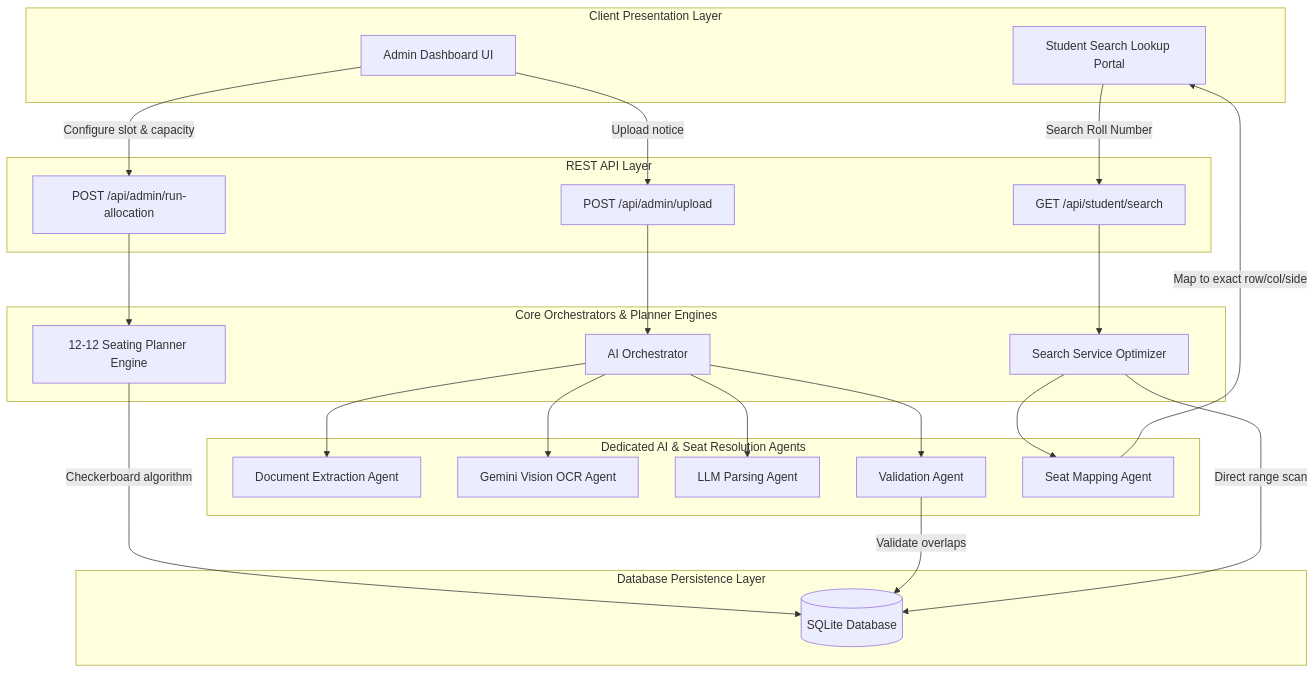
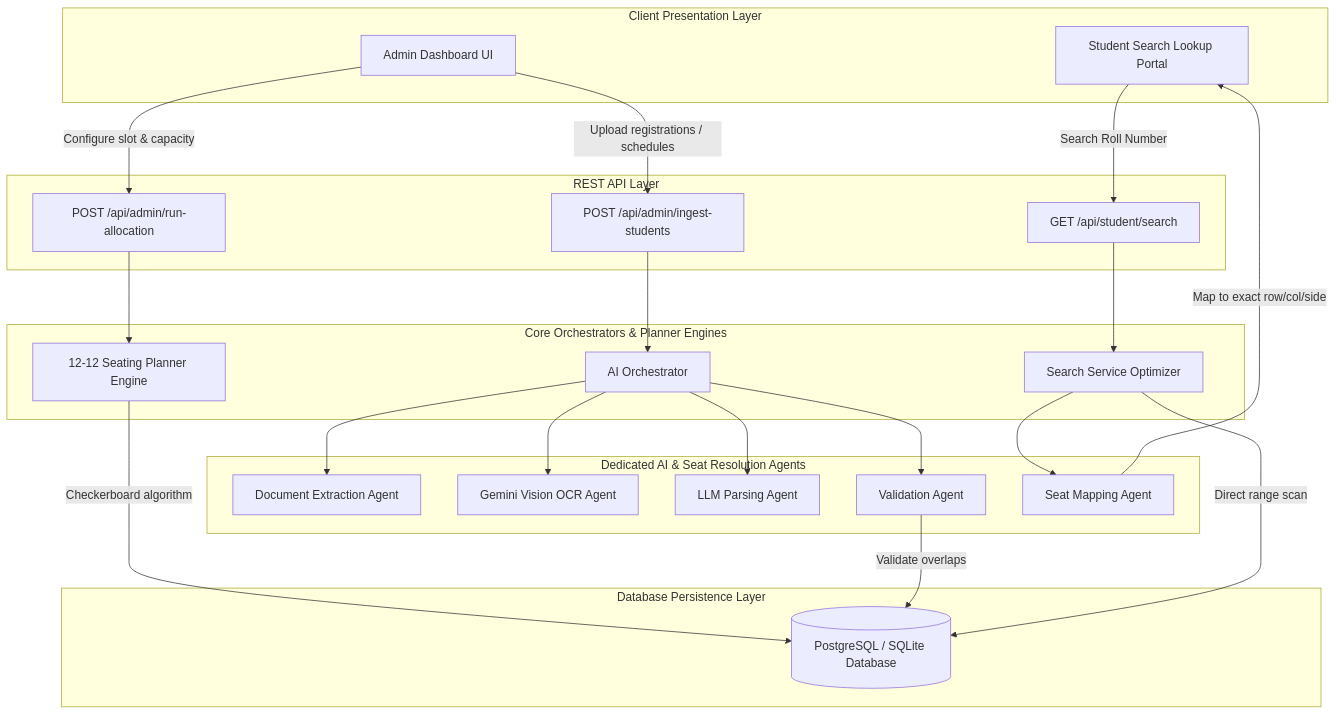
The diagram in README.md (KaramalaSurya/AI-Powered-Exam-Seating-Arrangement-Finder-and-Automated-Planner), drawn with Mermaid before and after one commit. The commit also changed other lines of this file, not shown here.

Commit message:
Update README.md with PostgreSQL cloud setup, architecture diagrams, and feature docs

````diff
--- a/README.md
+++ b/README.md
@@ -26,56 +29,56 @@
 ```mermaid
 graph TD
     %% Frontend Clients
     subgraph Client [Client Presentation Layer]
         Admin[Admin Dashboard UI]
         Finder[Student Search Lookup Portal]
     end
 
     %% API endpoints
     subgraph API [REST API Layer]
-        UploadRoute["POST /api/admin/upload"]
+        UploadRoute["POST /api/admin/ingest-students"]
         PlannerRoute["POST /api/admin/run-allocation"]
         SearchRoute["GET /api/student/search"]
     end
 
     %% Backend Engines
     subgraph Engines [Core Orchestrators & Planner Engines]
         Orchestrator[AI Orchestrator]
         Planner[12-12 Seating Planner Engine]
         SearchService[Search Service Optimizer]
     end
 
-    %% Agents
+    %% Dedicated Agents
     subgraph Agents [Dedicated AI & Seat Resolution Agents]
         ExtractAgent[Document Extraction Agent]
         OCRAgent[Gemini Vision OCR Agent]
         ParsingAgent[LLM Parsing Agent]
         ValidAgent[Validation Agent]
         SeatMapAgent[Seat Mapping Agent]
     end
 
-    %% SQLite Database
+    %% Database Storage
     subgraph Storage [Database Persistence Layer]
-        DB[(SQLite Database)]
+        DB[(PostgreSQL / SQLite Database)]
     end
 
     %% Connectors
-    Admin -->|Upload notice| UploadRoute
+    Admin -->|Upload registrations / schedules| UploadRoute
     Admin -->|Configure slot & capacity| PlannerRoute
     Finder -->|Search Roll Number| SearchRoute
     
     UploadRoute --> Orchestrator
     PlannerRoute --> Planner
     SearchRoute --> SearchService
     
     Orchestrator --> ExtractAgent
     Orchestrator --> OCRAgent
     Orchestrator --> ParsingAgent
     Orchestrator --> ValidAgent
     
     Planner -->|Checkerboard algorithm| DB
     ValidAgent -->|Validate overlaps| DB
     SearchService -->|Direct range scan| DB
     SearchService --> SeatMapAgent
     SeatMapAgent -->|Map to exact row/col/side| Finder
 ```
````
